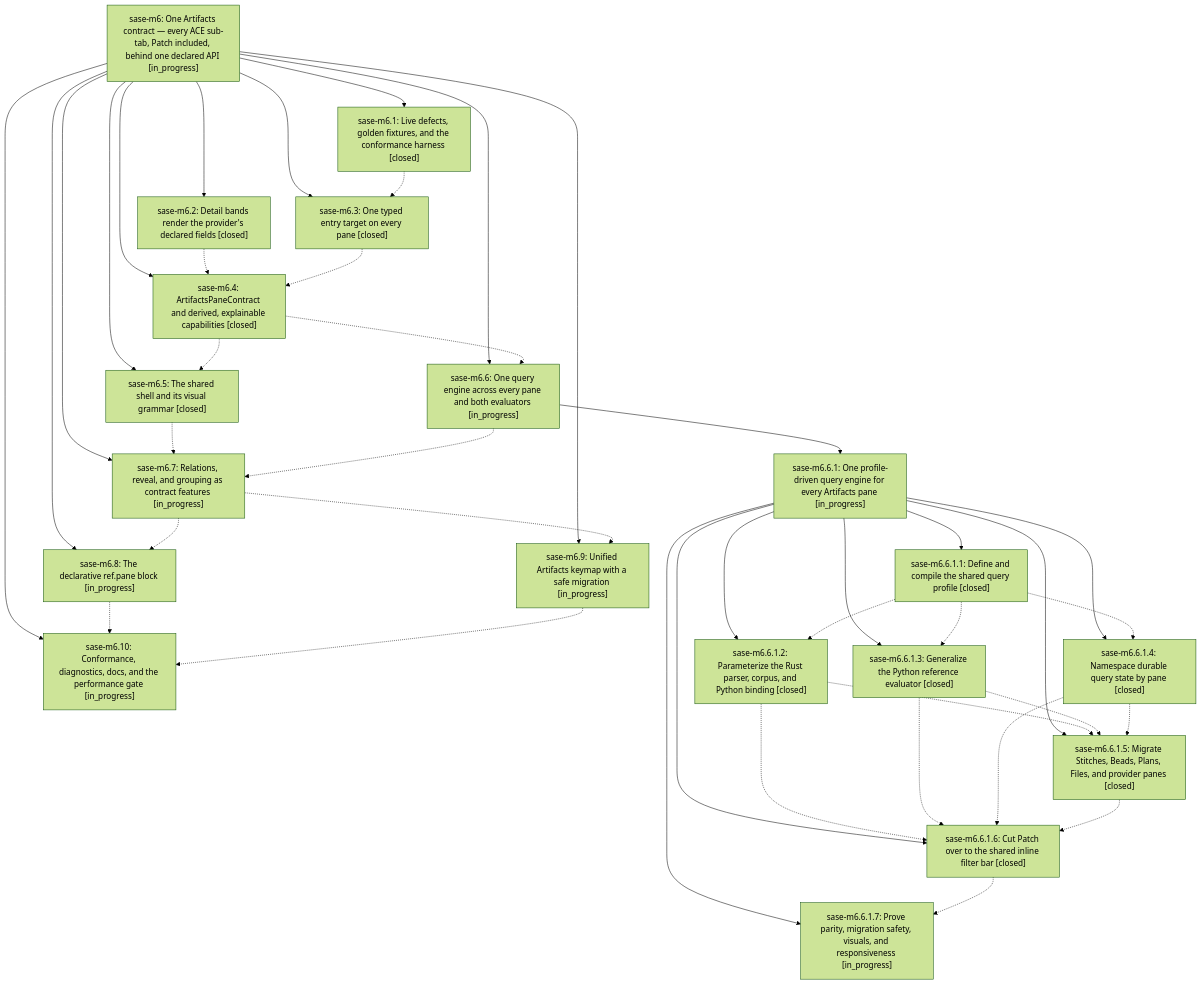
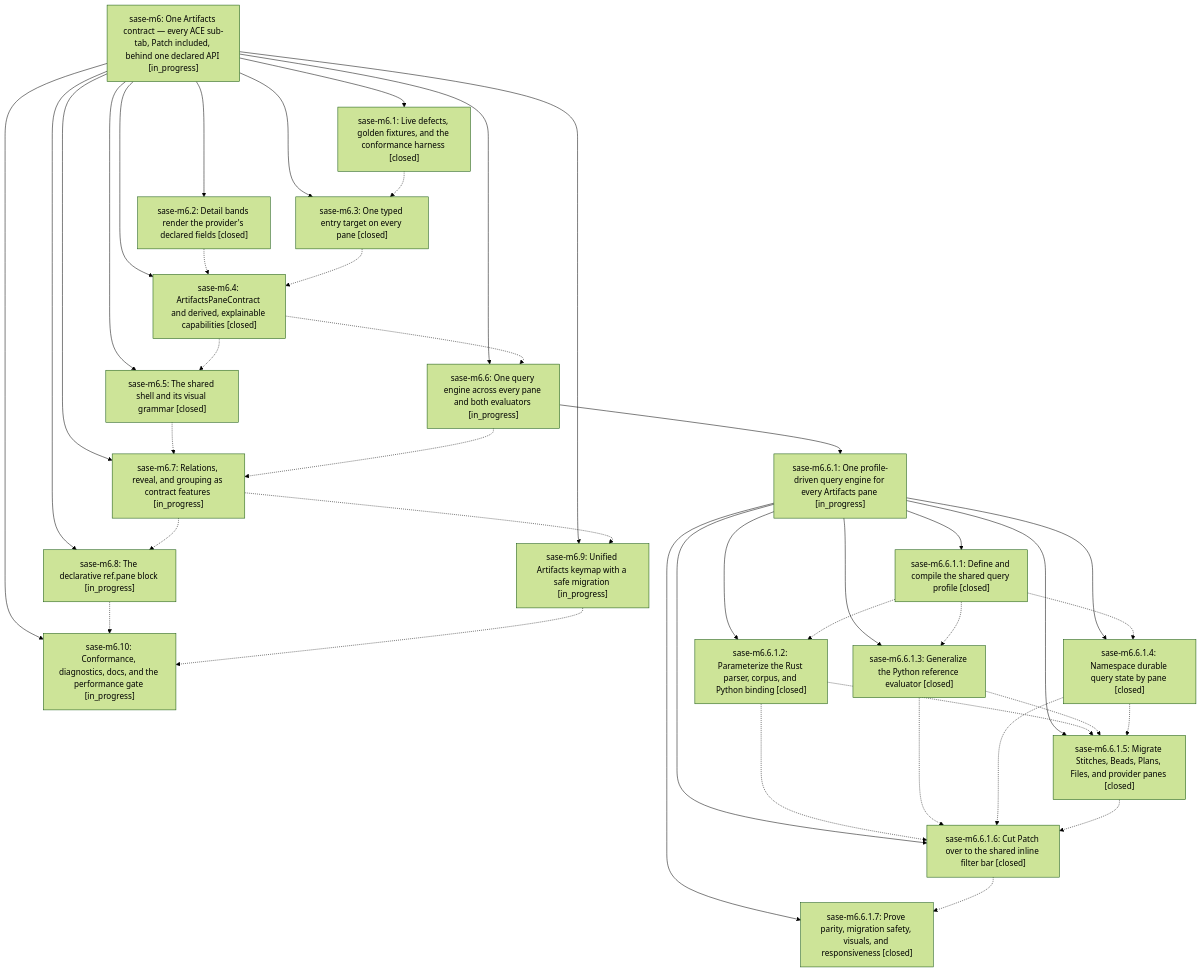
One commit to sase-org/sase--beads changed the diagram in pages/sase-m6/README.md. Above: the diagram before and after it, drawn with Mermaid (forest theme). The commit also changed other lines of this file and 2 other files, not shown here.

First line of the commit message:
chore(beads): sync bead state and pages for sase-m6

````diff
--- a/pages/sase-m6/README.md
+++ b/pages/sase-m6/README.md
@@ -37,62 +37,62 @@
 ```mermaid
 flowchart TD
     n0["sase-m6: One Artifacts contract — every ACE sub-tab, Patch included, behind one declared API [in_progress]"]
     n1["sase-m6.1: Live defects, golden fixtures, and the conformance harness [closed]"]
     n2["sase-m6.10: Conformance, diagnostics, docs, and the performance gate [in_progress]"]
     n3["sase-m6.2: Detail bands render the provider's declared fields [closed]"]
     n4["sase-m6.3: One typed entry target on every pane [closed]"]
     n5["sase-m6.4: ArtifactsPaneContract and derived, explainable capabilities [closed]"]
     n6["sase-m6.5: The shared shell and its visual grammar [closed]"]
     n7["sase-m6.6: One query engine across every pane and both evaluators [in_progress]"]
     n8["sase-m6.6.1: One profile-driven query engine for every Artifacts pane [in_progress]"]
     n9["sase-m6.6.1.1: Define and compile the shared query profile [closed]"]
     n10["sase-m6.6.1.2: Parameterize the Rust parser, corpus, and Python binding [closed]"]
     n11["sase-m6.6.1.3: Generalize the Python reference evaluator [closed]"]
     n12["sase-m6.6.1.4: Namespace durable query state by pane [closed]"]
     n13["sase-m6.6.1.5: Migrate Stitches, Beads, Plans, Files, and provider panes [closed]"]
     n14["sase-m6.6.1.6: Cut Patch over to the shared inline filter bar [closed]"]
-    n15["sase-m6.6.1.7: Prove parity, migration safety, visuals, and responsiveness [in_progress]"]
+    n15["sase-m6.6.1.7: Prove parity, migration safety, visuals, and responsiveness [closed]"]
     n16["sase-m6.7: Relations, reveal, and grouping as contract features [in_progress]"]
     n17["sase-m6.8: The declarative ref.pane block [in_progress]"]
     n18["sase-m6.9: Unified Artifacts keymap with a safe migration [in_progress]"]
     n0 --> n1
     n0 --> n2
     n0 --> n3
     n0 --> n4
     n0 --> n5
     n0 --> n6
     n0 --> n7
     n7 --> n8
     n8 --> n9
     n8 --> n10
     n8 --> n11
     n8 --> n12
     n8 --> n13
     n8 --> n14
     n8 --> n15
     n0 --> n16
     n0 --> n17
     n0 --> n18
     n1 -.-> n4
     n3 -.-> n5
     n4 -.-> n5
     n5 -.-> n6
     n5 -.-> n7
     n6 -.-> n16
     n7 -.-> n16
     n9 -.-> n10
     n9 -.-> n11
     n9 -.-> n12
     n10 -.-> n13
     n10 -.-> n14
     n11 -.-> n13
     n11 -.-> n14
     n12 -.-> n13
     n12 -.-> n14
     n13 -.-> n14
     n14 -.-> n15
     n16 -.-> n17
     n16 -.-> n18
     n17 -.-> n2
     n18 -.-> n2
 ```
````
